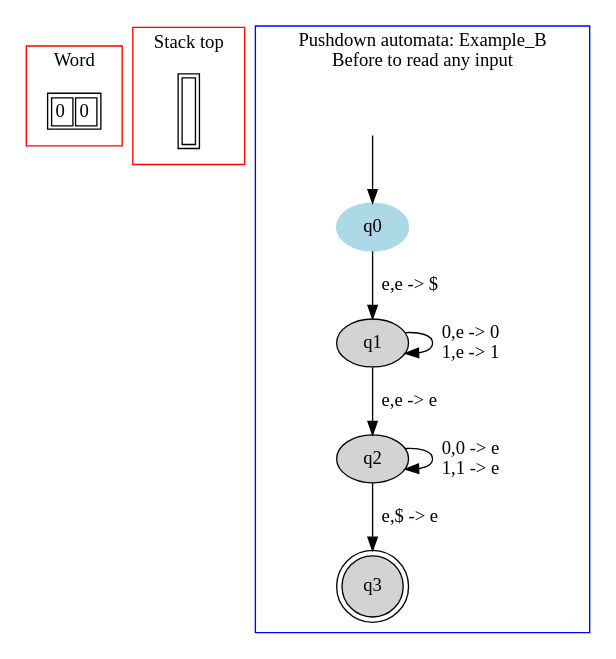
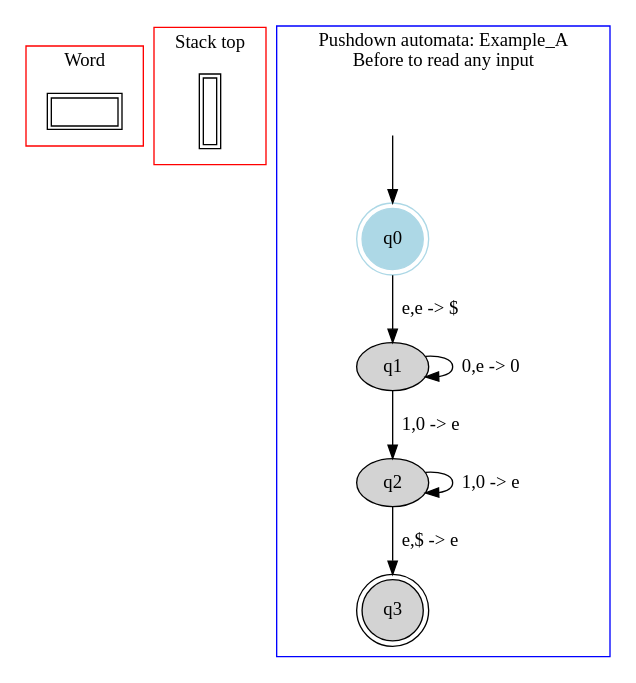
Before and after one commit to danielScLima/pushdown_automata: the diagram in PA/images/file1.dot, drawn with Graphviz. The commit also changed 28 other files, not shown here.

```diff
--- a/PA/images/file1.dot
+++ b/PA/images/file1.dot
@@ -1,45 +1,41 @@
 digraph G {
 	subgraph cluster_0 {
 		node [shape=plaintext];
 
 struct1 [label=<<TABLE>
 <TR>
-<TD><FONT>0</FONT></TD>
-<TD><FONT>0</FONT></TD>
-</TR>
+<TD width="50" height="10"> </TD></TR>
 </TABLE>>];
 label = "Word";
 color=red;
 }
 	subgraph cluster_2 {
 		node [shape=plaintext];
 
 struct2 [label=<<TABLE>
 <TR>
 <TD width="10" height="50">
 </TD>
 </TR>
 </TABLE>>];
 label = "Stack top";
 color=red;
 }
 	subgraph cluster_1 {
 		node [style=filled];
-		label = "Pushdown automata: Example_B
+		label = "Pushdown automata: Example_A
 Before to read any input"
 		color=blue;
 
-		q0 [color="lightblue"];
+		q0 [shape="doublecircle",color="lightblue"];
 		q1;
 		q2;
 		q3 [shape="doublecircle"];
 		q0->q1[label="e,e -> $"];
-		q1->q1[label="0,e -> 0
-1,e -> 1"];
-		q1->q2[label="e,e -> e"];
-		q2->q2[label="0,0 -> e
-1,1 -> e"];
+		q1->q1[label="0,e -> 0"];
+		q1->q2[label="1,0 -> e"];
+		q2->q2[label="1,0 -> e"];
 		q2->q3[label="e,$ -> e"];
 x [color=white, label=""];		x->q0	}
 
 }
```
